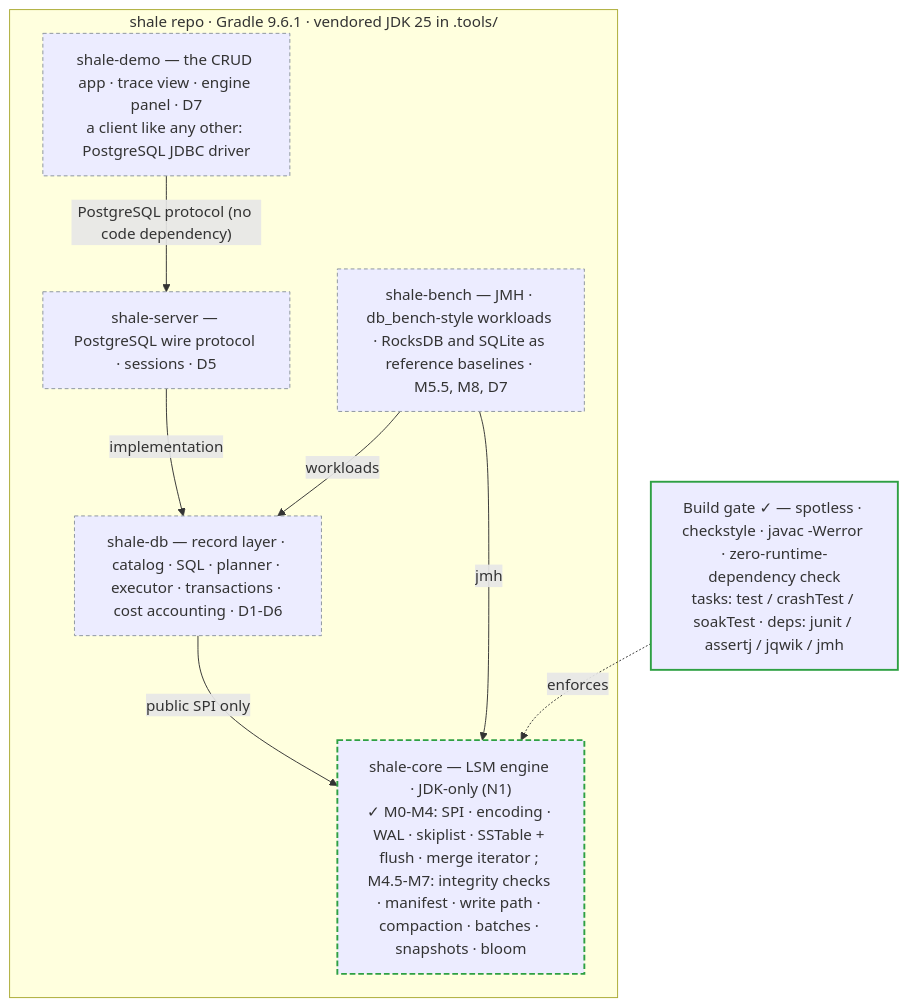
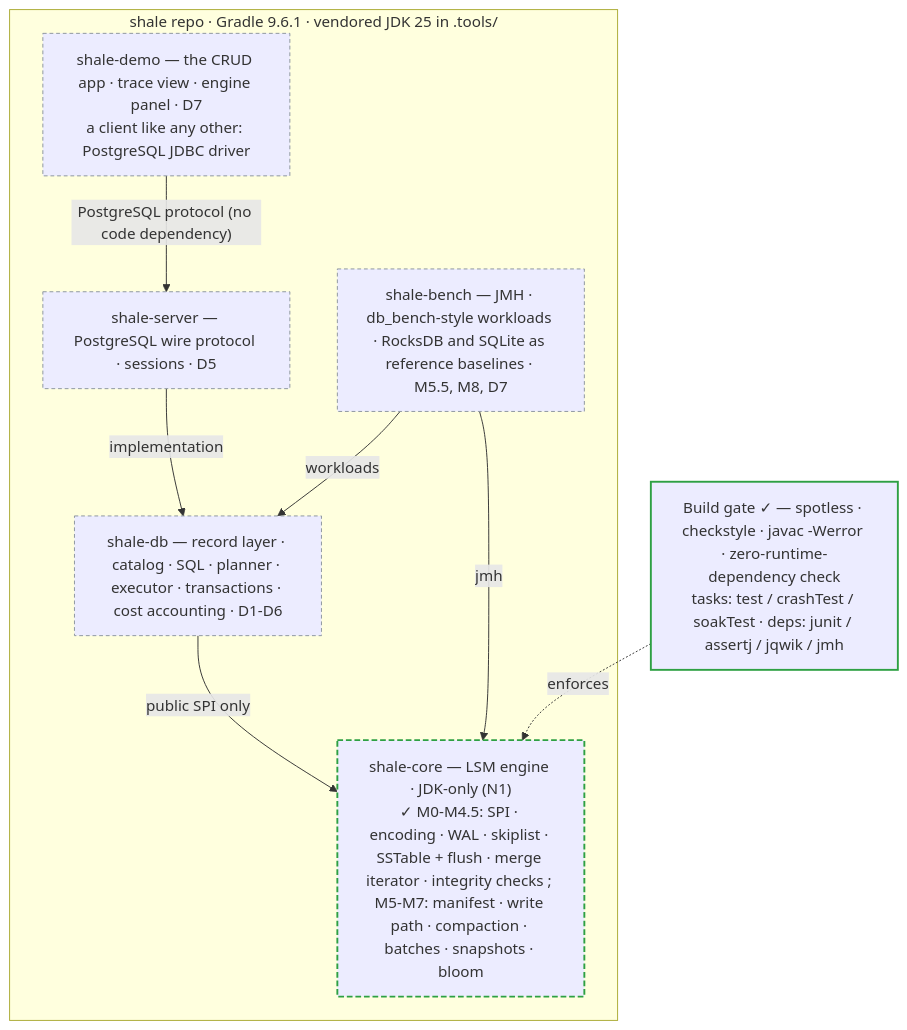
Before and after one commit to rahul-j0shi/shale: the first of 4 diagrams in documentation/architecture/project-scope.md, drawn with Mermaid. The commit also changed other lines of this file and 17 other files, not shown here.

````diff
--- a/documentation/architecture/project-scope.md
+++ b/documentation/architecture/project-scope.md
@@ -15,21 +15,21 @@
 ```mermaid
 flowchart TB
   subgraph repo["shale repo · Gradle 9.6.1 · vendored JDK 25 in .tools/"]
     demo["shale-demo — the CRUD app · trace view · engine panel · D7<br/>a client like any other: PostgreSQL JDBC driver"]:::plan
     server["shale-server — PostgreSQL wire protocol · sessions · D5"]:::plan
     sdb["shale-db — record layer · catalog · SQL · planner · executor · transactions · cost accounting · D1-D6"]:::plan
-    core["shale-core — LSM engine · JDK-only (N1)<br/>✓ M0-M4: SPI · encoding · WAL · skiplist · SSTable + flush · merge iterator ; M4.5-M7: integrity checks · manifest · write path · compaction · batches · snapshots · bloom"]:::part
+    core["shale-core — LSM engine · JDK-only (N1)<br/>✓ M0-M4.5: SPI · encoding · WAL · skiplist · SSTable + flush · merge iterator · integrity checks ; M5-M7: manifest · write path · compaction · batches · snapshots · bloom"]:::part
     bench["shale-bench — JMH · db_bench-style workloads · RocksDB and SQLite as reference baselines · M5.5, M8, D7"]:::plan
   end
   demo -->|"PostgreSQL protocol (no code dependency)"| server
   server -->|implementation| sdb
   sdb -->|public SPI only| core
   bench -->|jmh| core
   bench -->|workloads| sdb
   gate["Build gate ✓ — spotless · checkstyle · javac -Werror · zero-runtime-dependency check<br/>tasks: test / crashTest / soakTest · deps: junit / assertj / jqwik / jmh"]:::done
   gate -. enforces .-> core
 
   classDef done stroke:#2ea043,stroke-width:2px;
   classDef part stroke:#2ea043,stroke-width:2px,stroke-dasharray:6 3;
   classDef plan stroke:#8b949e,stroke-width:1px,stroke-dasharray:4 3;
 ```
````
